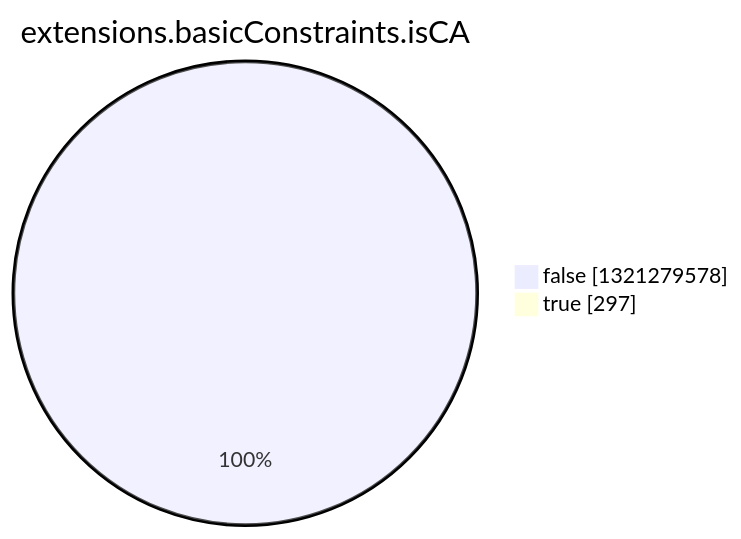
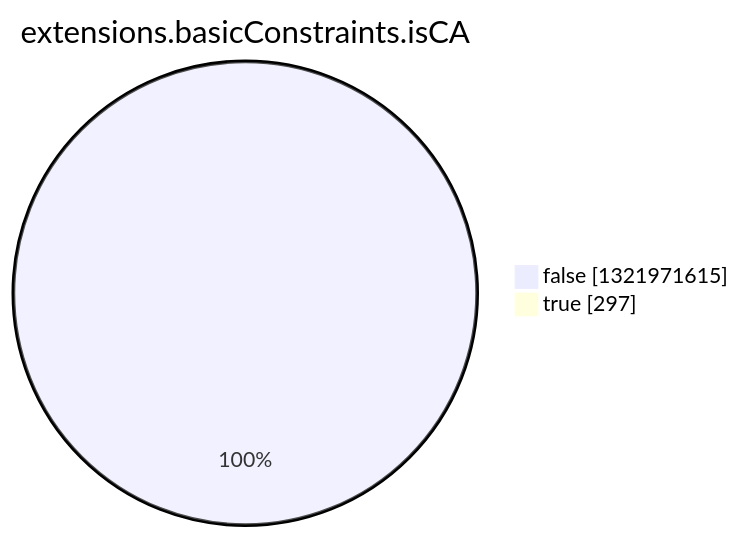
Before and after one commit to christiankrug/ctmonitor_visualization: the eighth of 15 diagrams in argon2022/README.md, drawn with Mermaid. The commit also changed other lines of this file, not shown here.

````diff
--- a/argon2022/README.md
+++ b/argon2022/README.md
@@ -2758,6 +2758,6 @@
 ```mermaid
 pie showData
 title extensions.basicConstraints.isCA
-"false" :1321279578
+"false" :1321971615
 "true" :297
 ```
````
